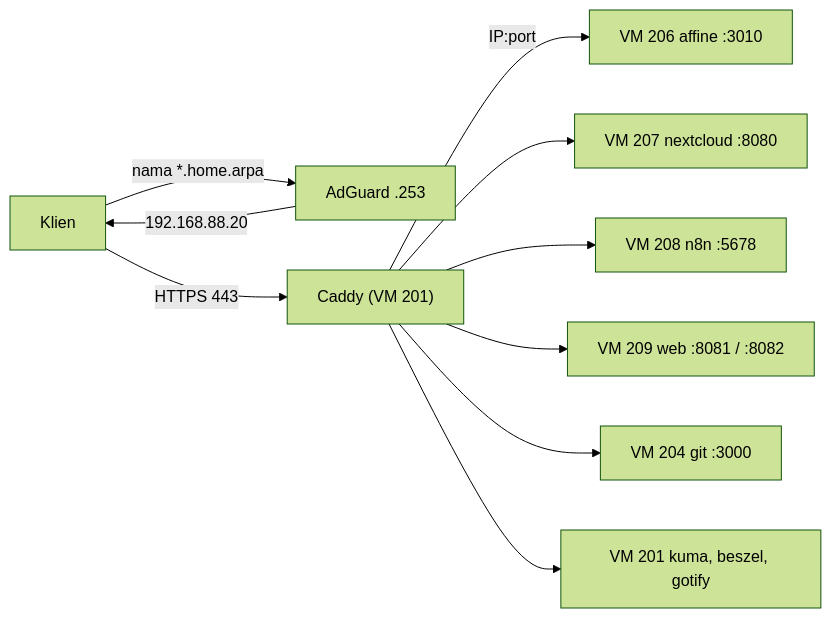
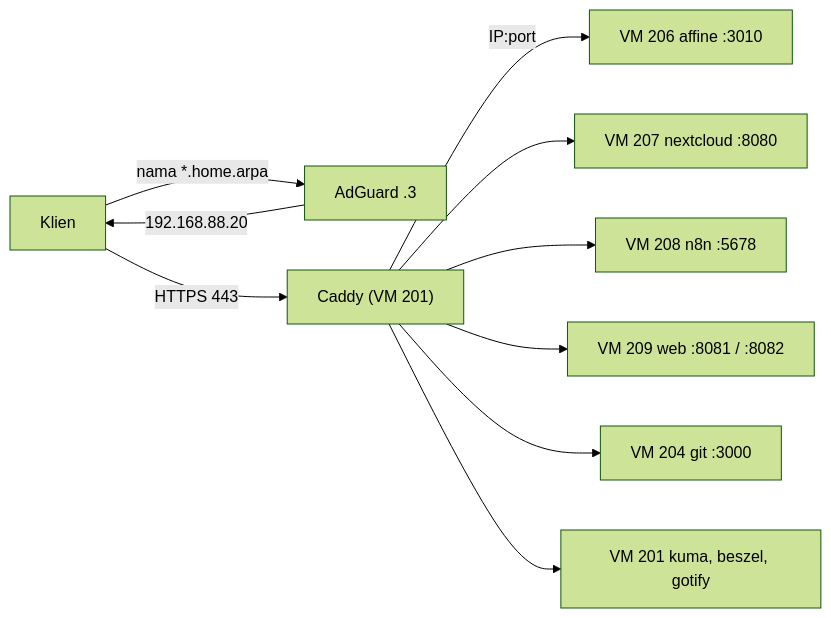
Before and after one commit to midnightcodeprotocol-corporation/home-server-lab: the third of 8 diagrams in docs/02-rangkaian-koneksi.md, drawn with Mermaid (forest theme). The commit also changed other lines of this file and 7 other files, not shown here.

````diff
--- a/docs/02-rangkaian-koneksi.md
+++ b/docs/02-rangkaian-koneksi.md
@@ -67,12 +67,12 @@
 ```mermaid
 flowchart LR
-  C["Klien"] -->|"nama *.home.arpa"| DNS["AdGuard .253"]
+  C["Klien"] -->|"nama *.home.arpa"| DNS["AdGuard .3"]
   DNS -->|"192.168.88.20"| C
   C -->|"HTTPS 443"| CD["Caddy (VM 201)"]
   CD -->|"IP:port"| S1["VM 206 affine :3010"]
   CD --> S2["VM 207 nextcloud :8080"]
   CD --> S3["VM 208 n8n :5678"]
   CD --> S4["VM 209 web :8081 / :8082"]
   CD --> S5["VM 204 git :3000"]
   CD --> S6["VM 201 kuma, beszel, gotify"]
 ```
````
